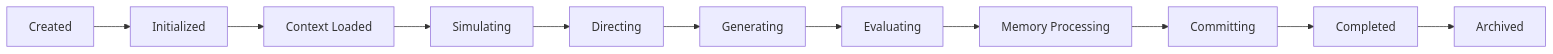
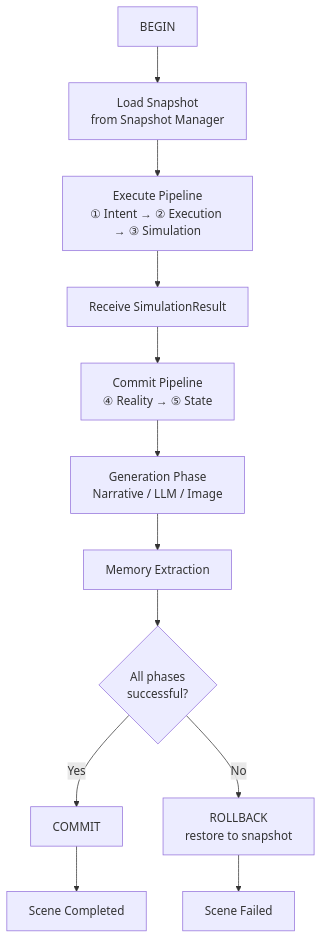
One commit to yueseyeyu/ai-narrative-rpg-engine changed the second of 3 diagrams in docs/02_Architecture/Scene_Engine_Blueprint.md. Above: the diagram before and after it, drawn with Mermaid. The commit also changed other lines of this file and 43 other files, not shown here.

Commit message:
feat: Architecture Baseline v1.0 Frozen + MVP-0 Validation (4/4 contract tests passing)

````diff
--- a/docs/02_Architecture/Scene_Engine_Blueprint.md
+++ b/docs/02_Architecture/Scene_Engine_Blueprint.md
@@ -126,13 +213,14 @@
 ```mermaid
-flowchart LR
-    A[Created] --> B[Initialized]
-    B --> C[Context Loaded]
-    C --> D[Simulating]
-    D --> E[Directing]
-    E --> F[Generating]
-    F --> G[Evaluating]
-    G --> H[Memory Processing]
-    H --> I[Committing]
-    I --> J[Completed]
-    J --> K[Archived]
+flowchart TD
+    BEGIN[BEGIN] --> SNAP[Load Snapshot<br/>from Snapshot Manager]
+    SNAP --> PIPE[Execute Pipeline<br/>① Intent → ② Execution → ③ Simulation]
+    PIPE --> SR[Receive SimulationResult]
+    SR --> COMMIT_PIPE[Commit Pipeline<br/>④ Reality → ⑤ State]
+    COMMIT_PIPE --> GEN[Generation Phase<br/>Narrative / LLM / Image]
+    GEN --> MEM[Memory Extraction]
+    MEM --> CHECK{All phases<br/>successful?}
+    CHECK -->|Yes| COMMIT[COMMIT]
+    CHECK -->|No| ROLLBACK[ROLLBACK<br/>restore to snapshot]
+    COMMIT --> DONE[Scene Completed]
+    ROLLBACK --> FAIL[Scene Failed]
 ```
````
